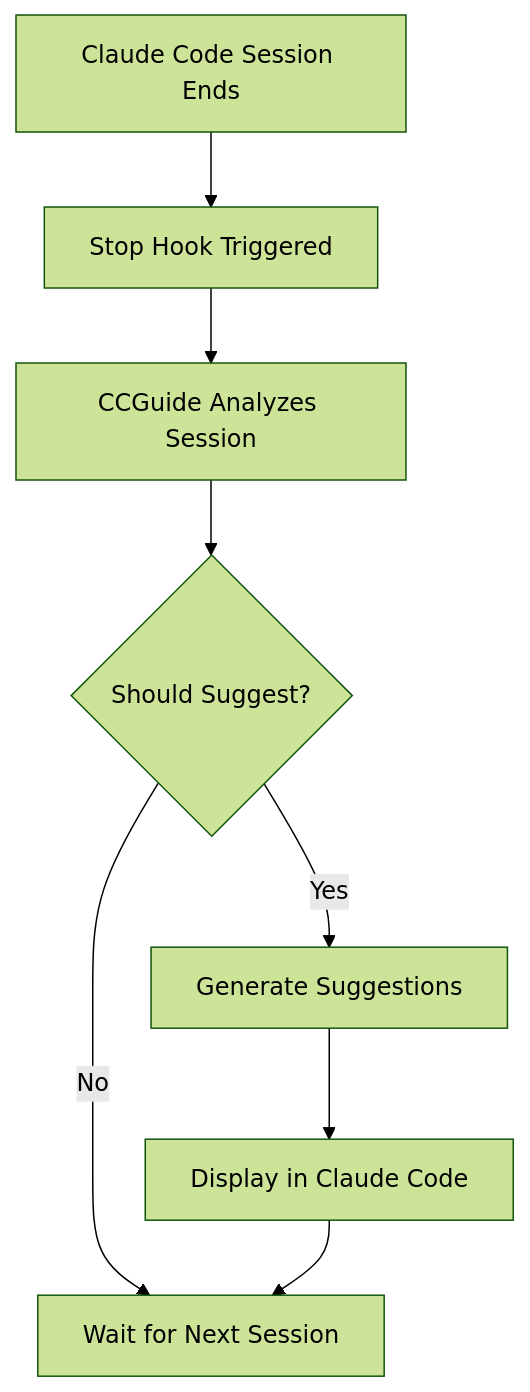
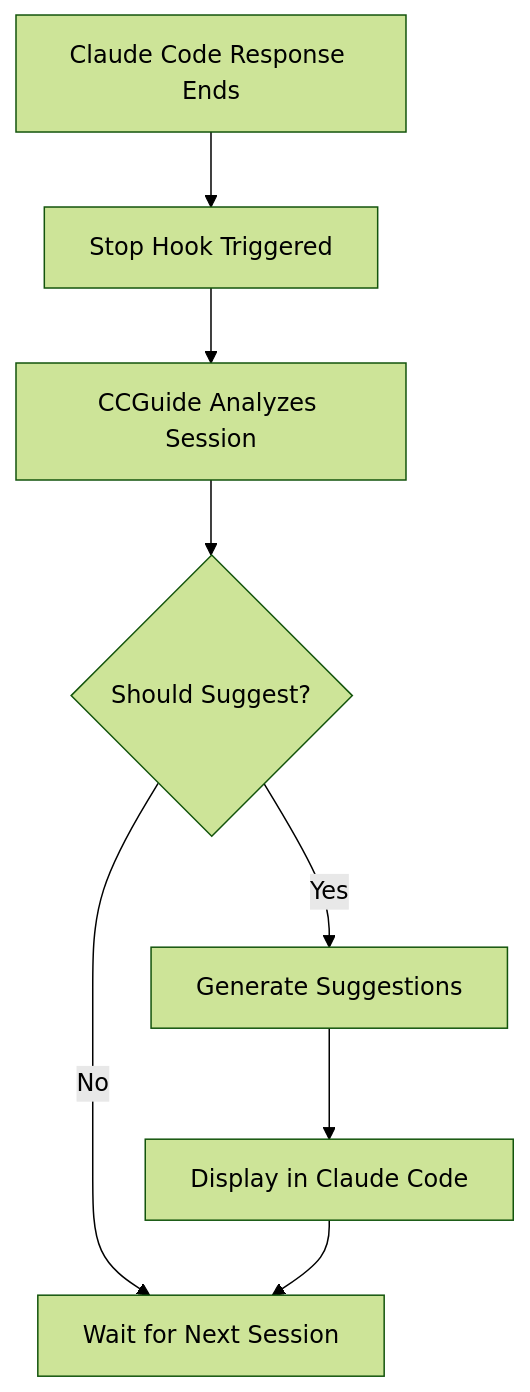
The diagram in README.md (ProCreations-Official/ccguide), drawn with Mermaid (forest theme) before and after one commit.

````diff
--- a/README.md
+++ b/README.md
@@ -129,10 +129,10 @@
 ```mermaid
 graph TD
-    A[Claude Code Session Ends] --> B[Stop Hook Triggered]
+    A[Claude Code Response Ends] --> B[Stop Hook Triggered]
     B --> C[CCGuide Analyzes Session]
     C --> D{Should Suggest?}
     D -->|No| E[Wait for Next Session]
     D -->|Yes| F[Generate Suggestions]
     F --> G[Display in Claude Code]
     G --> E
 ```
````
